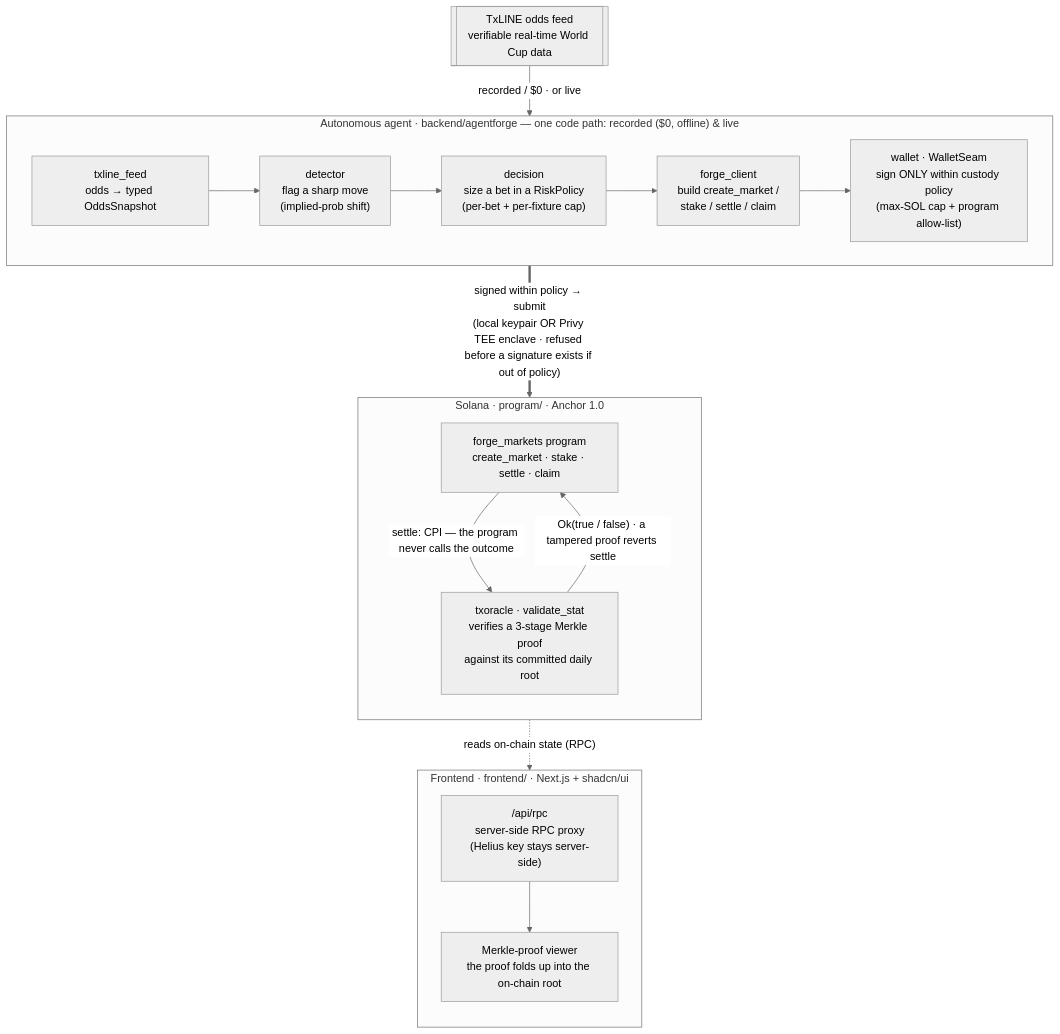
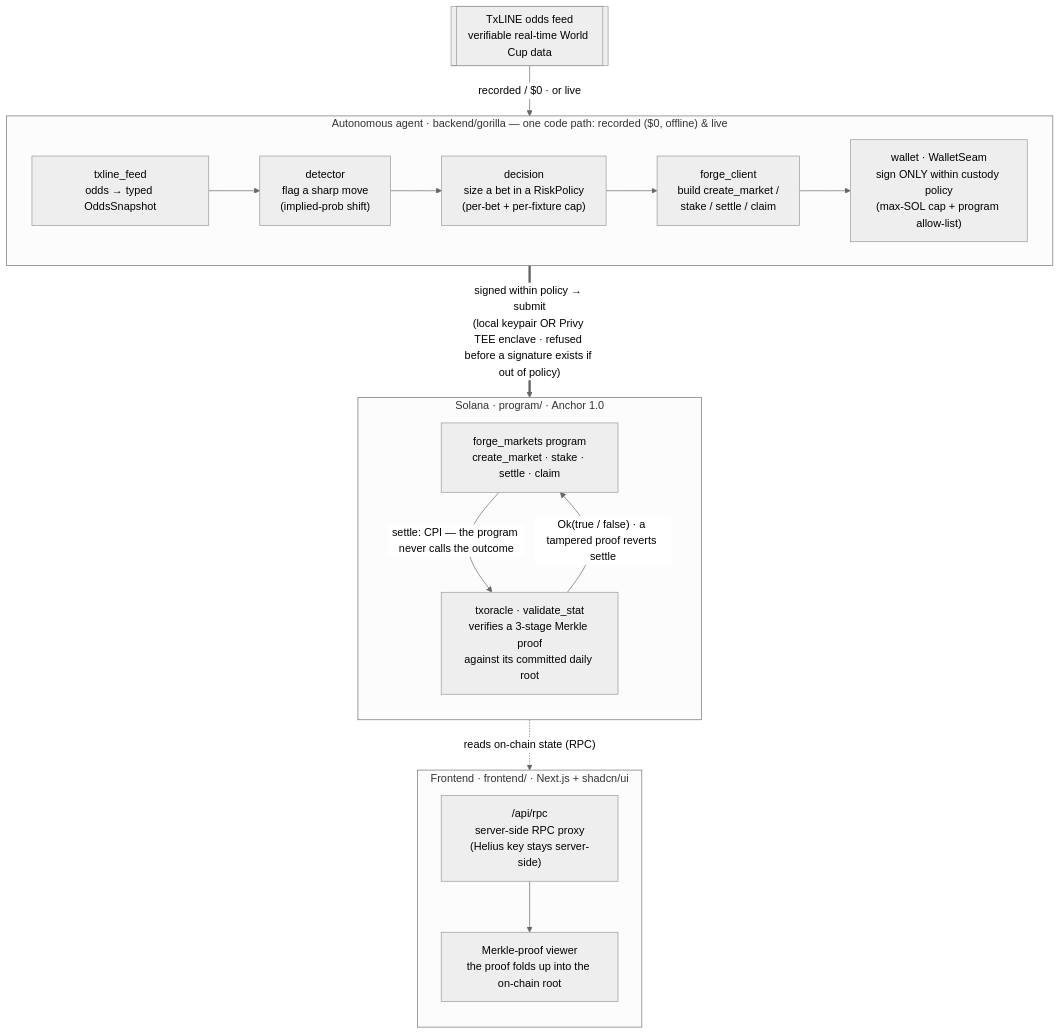
The diagram in README.md (GeckoVision/gorilla-app), drawn with Mermaid (neutral theme) before and after one commit. The commit also changed other lines of this file and 50 other files, not shown here.

````diff
--- a/README.md
+++ b/README.md
@@ -25,33 +25,33 @@
 ```mermaid
 flowchart TB
     ODDS[["TxLINE odds feed<br/>verifiable real-time World Cup data"]]
 
-    subgraph AGT["Autonomous agent · backend/agentforge — one code path: recorded ($0, offline) & live"]
+    subgraph AGT["Autonomous agent · backend/gorilla — one code path: recorded ($0, offline) & live"]
       direction LR
       FEED["txline_feed<br/>odds → typed OddsSnapshot"]
       DET["detector<br/>flag a sharp move<br/>(implied-prob shift)"]
       DEC["decision<br/>size a bet in a RiskPolicy<br/>(per-bet + per-fixture cap)"]
       FCL["forge_client<br/>build create_market /<br/>stake / settle / claim"]
       WAL["wallet · WalletSeam<br/>sign ONLY within custody policy<br/>(max-SOL cap + program allow-list)"]
       FEED --> DET --> DEC --> FCL --> WAL
     end
 
     subgraph CHAIN["Solana · program/ · Anchor 1.0"]
       direction TB
       FM["forge_markets program<br/>create_market · stake · settle · claim"]
       ORA["txoracle · validate_stat<br/>verifies a 3-stage Merkle proof<br/>against its committed daily root"]
       FM -->|"settle: CPI — the program never calls the outcome"| ORA
       ORA -->|"Ok(true / false) · a tampered proof reverts settle"| FM
     end
 
     subgraph WEB["Frontend · frontend/ · Next.js + shadcn/ui"]
       direction TB
       PROXY["/api/rpc<br/>server-side RPC proxy<br/>(Helius key stays server-side)"]
       VIEW["Merkle-proof viewer<br/>the proof folds up into the on-chain root"]
       PROXY --> VIEW
     end
 
     ODDS -->|"recorded / $0 · or live"| FEED
     WAL ==>|"signed within policy → submit<br/>(local keypair OR Privy TEE enclave · refused before a signature exists if out of policy)"| FM
     FM -.->|"reads on-chain state (RPC)"| PROXY
 ```
````
